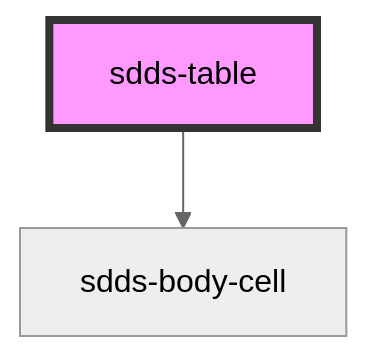
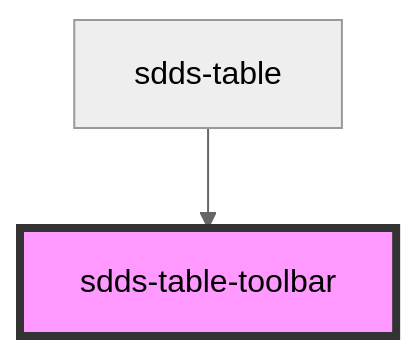
The diagram in components/src/components/table/readme.md (scania-digital-design-system/sdds), drawn with Mermaid (neutral theme) before and after one commit. The commit also changed other lines of this file and 11 other files, not shown here.

````diff
--- a/components/src/components/table/readme.md
+++ b/components/src/components/table/readme.md
@@ -37,5 +13,5 @@
 ```mermaid
 graph TD;
-  sdds-table --> sdds-body-cell
-  style sdds-table fill:#f9f,stroke:#333,stroke-width:4px
+  sdds-table --> sdds-table-toolbar
+  style sdds-table-toolbar fill:#f9f,stroke:#333,stroke-width:4px
 ```
````
